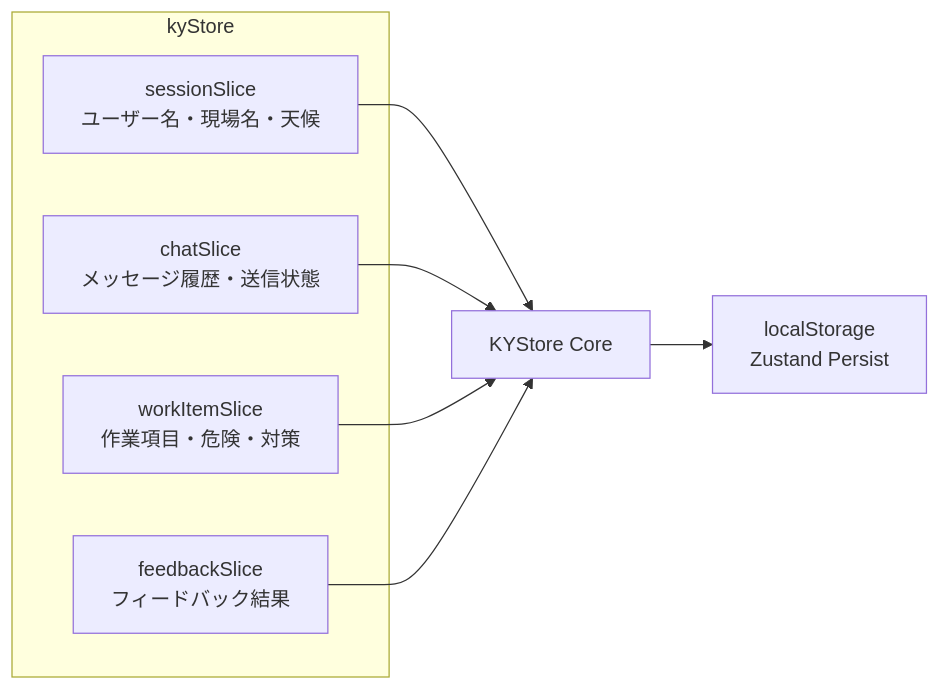
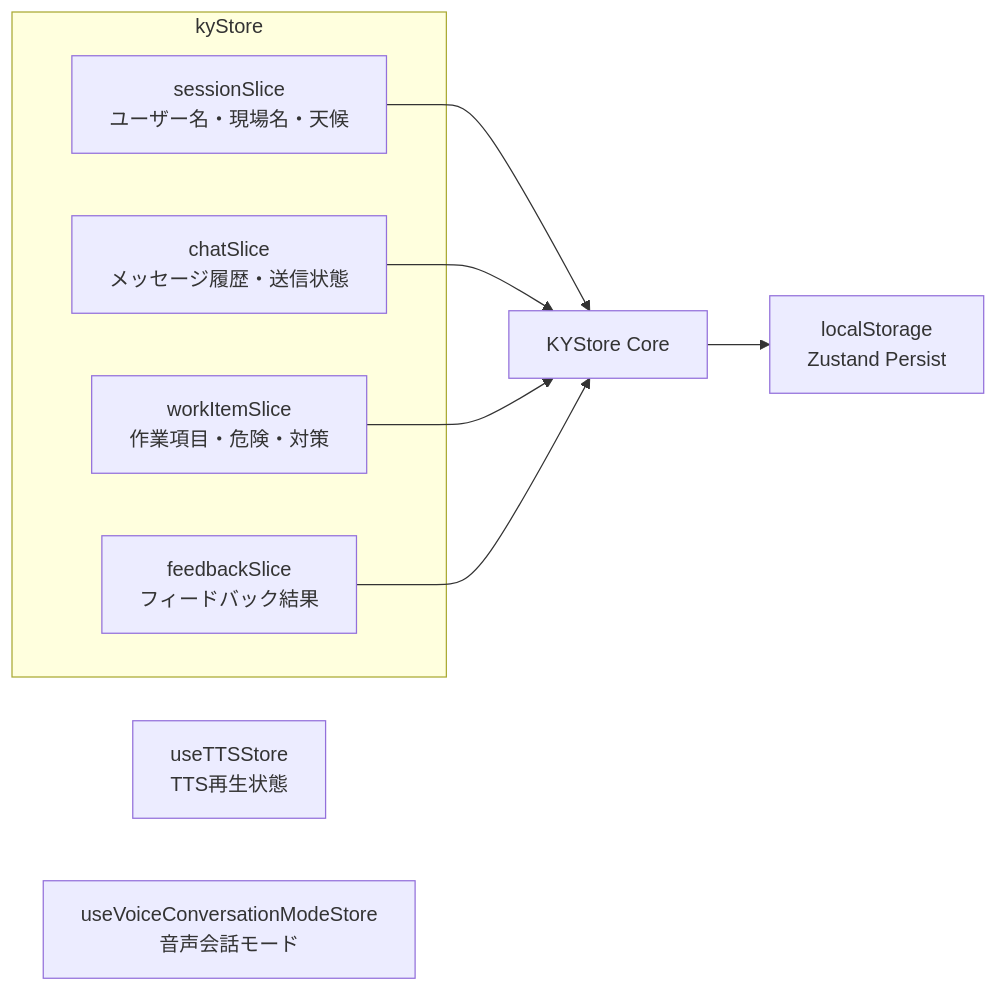
Before and after one commit to Ibar-Aki/solar-aldrin: diagram 16 of 16 in apps/v2-modern/docs/00_overview/00_Master_Technical_Reference.md, drawn with Mermaid. The commit also changed other lines of this file and 5 other files, not shown here.

````diff
--- a/apps/v2-modern/docs/00_overview/00_Master_Technical_Reference.md
+++ b/apps/v2-modern/docs/00_overview/00_Master_Technical_Reference.md
@@ -1383,16 +1471,19 @@
 ```mermaid
 graph LR
     subgraph "kyStore"
         SS[sessionSlice<br/>ユーザー名・現場名・天候]
         CS[chatSlice<br/>メッセージ履歴・送信状態]
-        WS[workItemSlice<br/>作業項目・危険・対策]
+        WIS[workItemSlice<br/>作業項目・危険・対策]
         FS[feedbackSlice<br/>フィードバック結果]
     end
     
     SS --> KYS_CORE[KYStore Core]
     CS --> KYS_CORE
-    WS --> KYS_CORE
+    WIS --> KYS_CORE
     FS --> KYS_CORE
     
     KYS_CORE --> PERSIST[localStorage<br/>Zustand Persist]
+    
+    TTS_EXT[useTTSStore<br/>TTS再生状態]
+    VCM_EXT[useVoiceConversationModeStore<br/>音声会話モード]
 ```
````
